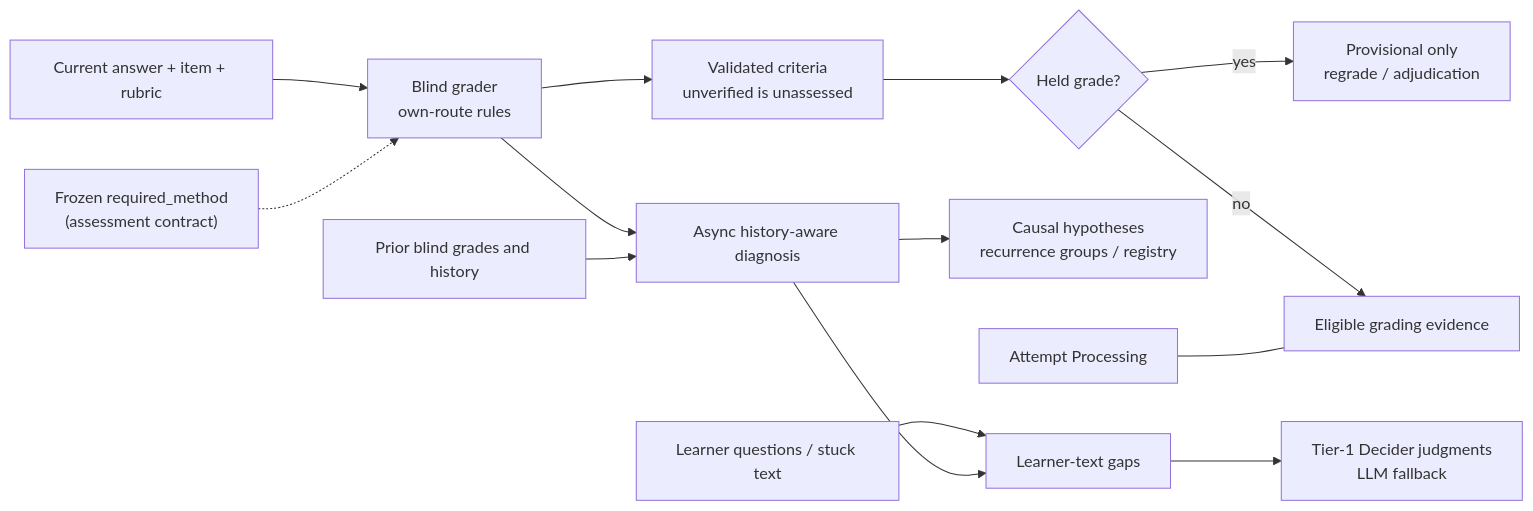
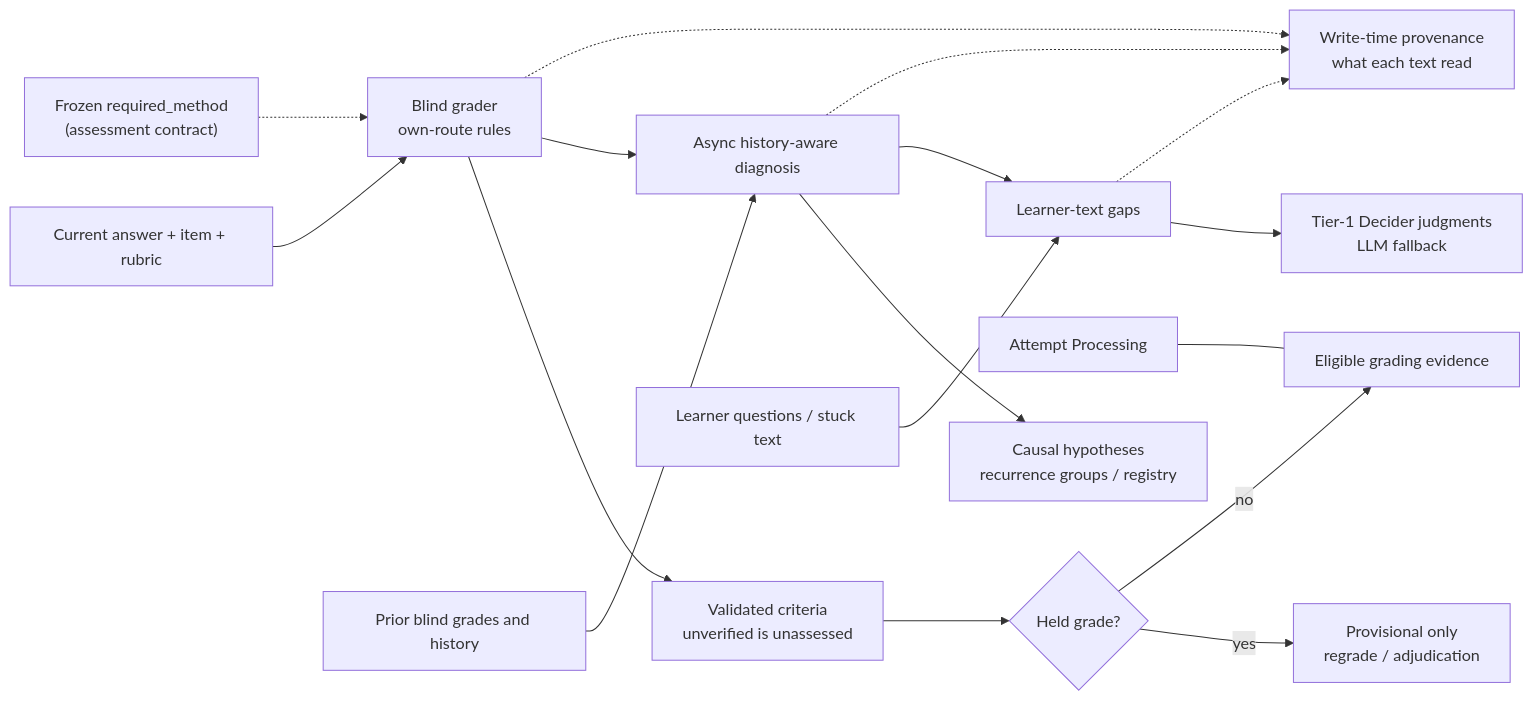
One commit to 6up-b/learnanything changed the fifth of 8 diagrams in docs/learnloop-architecture-vault/Maps/LearnLoop Pipeline Map.md. Above: the diagram before and after it, drawn with Mermaid. The commit also changed other lines of this file and 378 other files, not shown here.

First line of the commit message:
Regenerate the references at schema head 205 and map write-time provenance in the Pipeline Map

````diff
--- a/docs/learnloop-architecture-vault/Maps/LearnLoop Pipeline Map.md
+++ b/docs/learnloop-architecture-vault/Maps/LearnLoop Pipeline Map.md
@@ -207,17 +210,20 @@
 ```mermaid
 flowchart LR
     A["Current answer + item + rubric"] --> B["Blind grader<br/>own-route rules"]
     RM["Frozen required_method<br/>(assessment contract)"] -.-> B
     B --> U["Validated criteria<br/>unverified is unassessed"]
     U --> H{"Held grade?"}
     H -->|yes| HOLD["Provisional only<br/>regrade / adjudication"]
     H -->|no| E["Eligible grading evidence"]
     B --> D["Async history-aware diagnosis"]
     HIST["Prior blind grades and history"] --> D
     D --> C["Causal hypotheses<br/>recurrence groups / registry"]
     TEXT["Learner questions / stuck text"] --> GAP["Learner-text gaps"]
     D --> GAP
     GAP --> DEC["Tier-1 Decider judgments<br/>LLM fallback"]
+    B -.-> WP["Write-time provenance<br/>what each text read"]
+    D -.-> WP
+    GAP -.-> WP
     N["Attempt Processing"] --- E
     class N internal-link;
 ```
````
